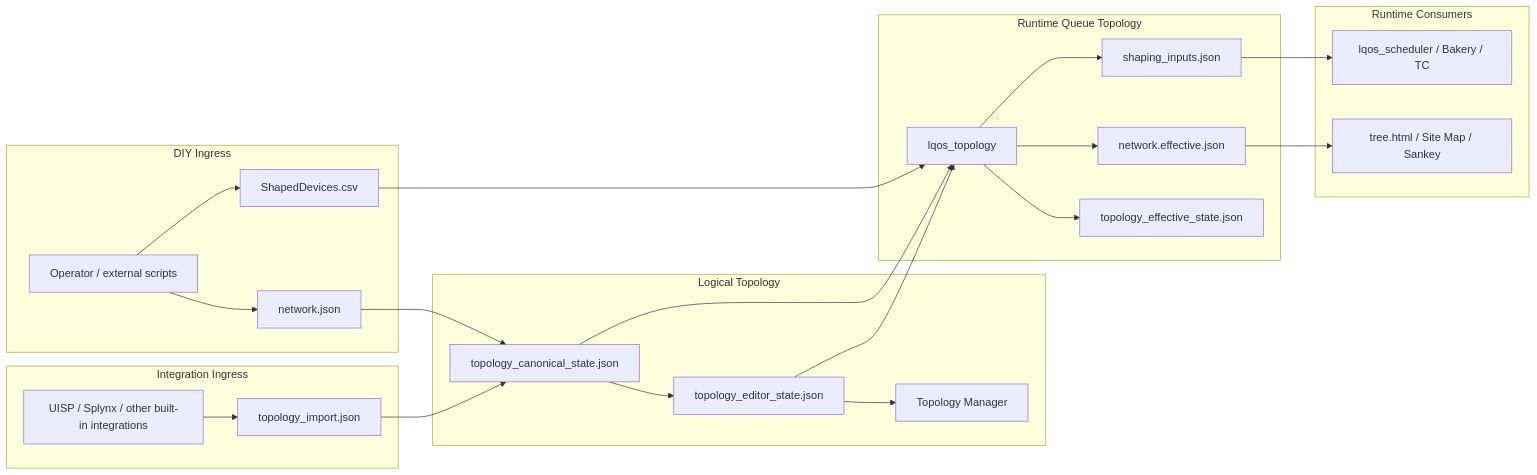
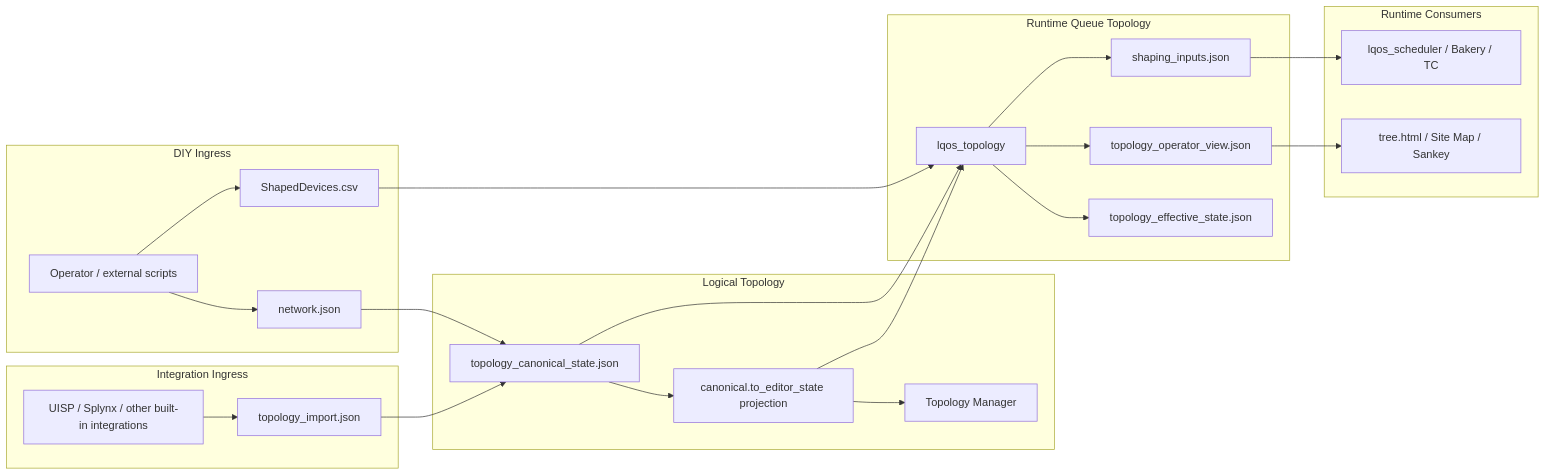
The first of 5 diagrams in docs/v2.0/topology-data-flow.md (LibreQoE/LibreQoS), drawn with Mermaid before and after one commit. The commit also changed other lines of this file and 738 other files, not shown here.

````diff
--- a/docs/v2.0/topology-data-flow.md
+++ b/docs/v2.0/topology-data-flow.md
@@ -13,47 +15,47 @@
 ```{mermaid}
 flowchart LR
     subgraph Integration Ingress
         I0[UISP / Splynx / other built-in integrations]
         I1[topology_import.json]
         I0 --> I1
     end
 
     subgraph DIY Ingress
         D0[Operator / external scripts]
         D1[network.json]
         D2[ShapedDevices.csv]
         D0 --> D1
         D0 --> D2
     end
 
     subgraph Logical Topology
         L1[topology_canonical_state.json]
-        L2[topology_editor_state.json]
+        L2[canonical.to_editor_state projection]
         TM[Topology Manager]
     end
 
     subgraph Runtime Queue Topology
         R0[lqos_topology]
         R1[topology_effective_state.json]
-        R2[network.effective.json]
+        R2[topology_operator_view.json]
         R3[shaping_inputs.json]
     end
 
     subgraph Runtime Consumers
         C1[tree.html / Site Map / Sankey]
         C2[lqos_scheduler / Bakery / TC]
     end
 
     I1 --> L1
     D1 --> L1
     L1 --> L2
     L2 --> TM
     L1 --> R0
     L2 --> R0
     D2 --> R0
     R0 --> R1
     R0 --> R2
     R0 --> R3
     R2 --> C1
     R3 --> C2
 ```
````
